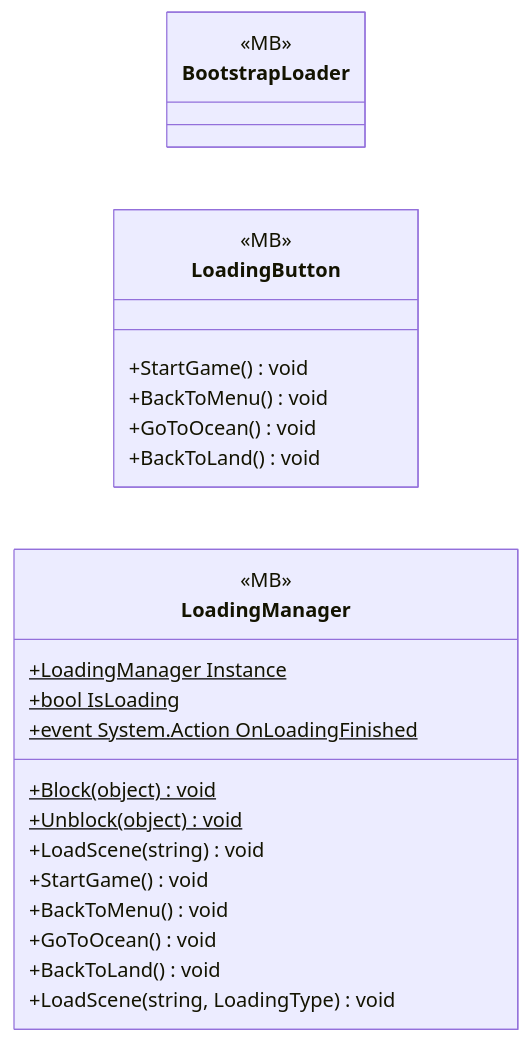
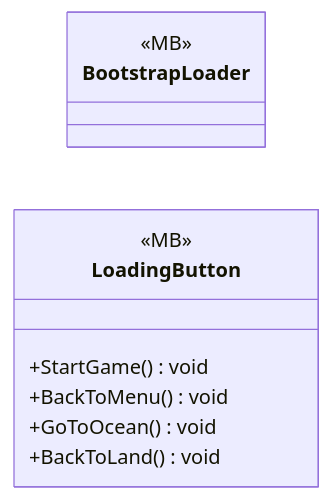
Before and after one commit to PhumipatWave/project-ocean: the diagram in docs/uml/modules/UI_Loading.md, drawn with Mermaid. The commit also changed other lines of this file and 531 other files, not shown here.

````diff
--- a/docs/uml/modules/UI_Loading.md
+++ b/docs/uml/modules/UI_Loading.md
@@ -7,28 +7,14 @@
 ```mermaid
 classDiagram
   direction LR
   class BootstrapLoader {
     <<MB>>
   }
   class LoadingButton {
     <<MB>>
     +StartGame() void
     +BackToMenu() void
     +GoToOcean() void
     +BackToLand() void
   }
-  class LoadingManager {
-    <<MB>>
-    +LoadingManager Instance$
-    +bool IsLoading$
-    +event System.Action OnLoadingFinished$
-    +Block(object)$ void
-    +Unblock(object)$ void
-    +LoadScene(string) void
-    +StartGame() void
-    +BackToMenu() void
-    +GoToOcean() void
-    +BackToLand() void
-    +LoadScene(string, LoadingType) void
-  }
 ```
````
